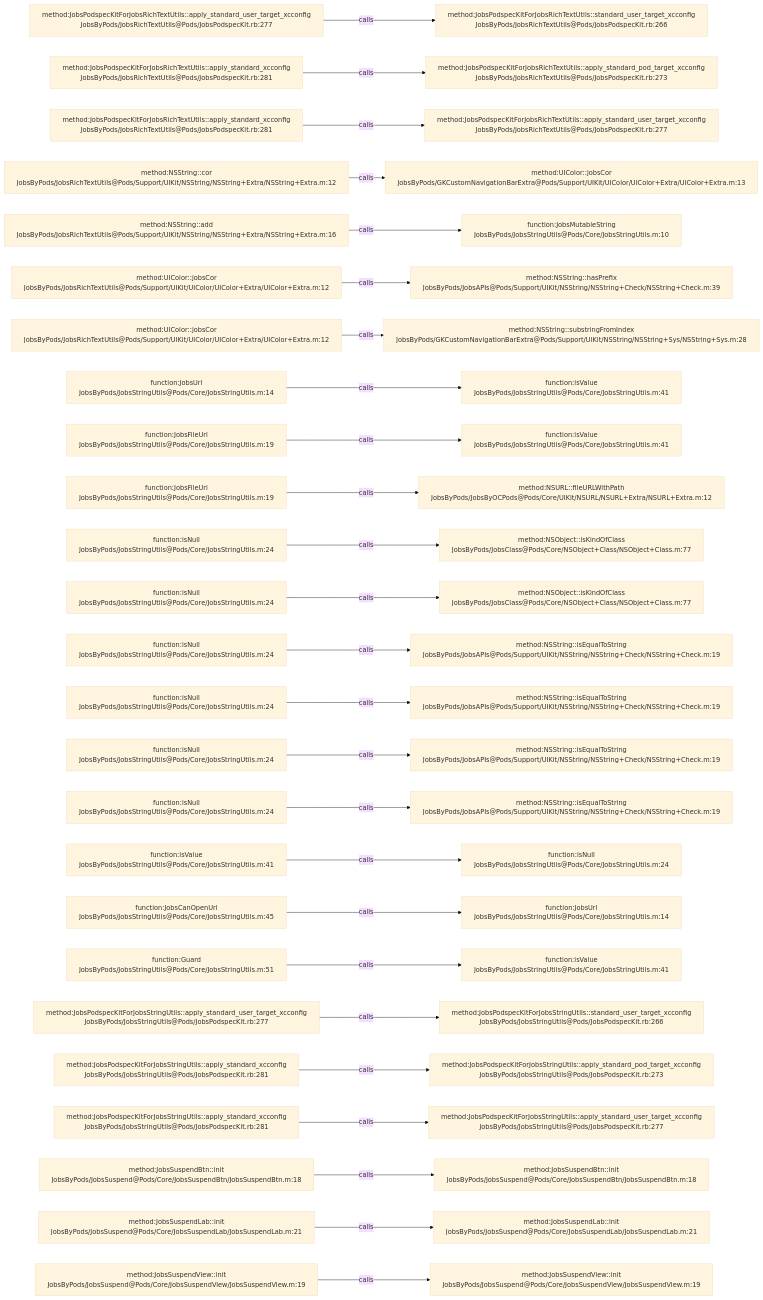
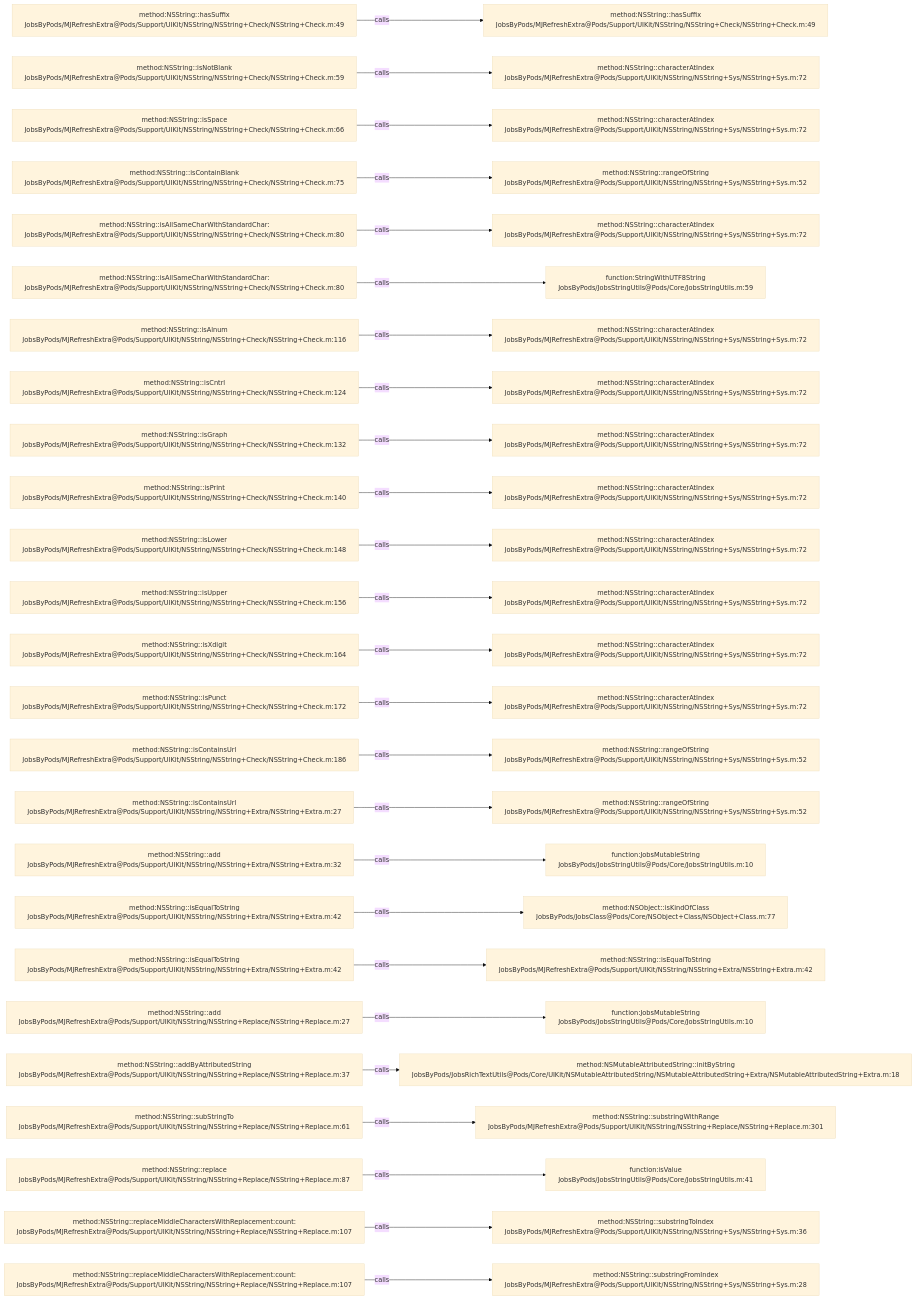
The diagram in .codegraph/codegraph.md/graphs/calls-168.md (JobsKits/JobsOCBaseConfigDemo), drawn with Mermaid (base theme) before and after one commit. The commit also changed 639 other files, not shown here.

````diff
--- a/.codegraph/codegraph.md/graphs/calls-168.md
+++ b/.codegraph/codegraph.md/graphs/calls-168.md
@@ -13,78 +13,78 @@
 ```mermaid
 flowchart LR
-  S1["method:JobsPodspecKitForJobsRichTextUtils::apply_standard_user_target_xcconfig<br/>JobsByPods/JobsRichTextUtils@Pods/JobsPodspecKit.rb:277"]
-  T1["method:JobsPodspecKitForJobsRichTextUtils::standard_user_target_xcconfig<br/>JobsByPods/JobsRichTextUtils@Pods/JobsPodspecKit.rb:266"]
+  S1["method:NSString::hasSuffix<br/>JobsByPods/MJRefreshExtra@Pods/Support/UIKit/NSString/NSString+Check/NSString+Check.m:49"]
+  T1["method:NSString::hasSuffix<br/>JobsByPods/MJRefreshExtra@Pods/Support/UIKit/NSString/NSString+Check/NSString+Check.m:49"]
   S1 -->|calls| T1
-  S2["method:JobsPodspecKitForJobsRichTextUtils::apply_standard_xcconfig<br/>JobsByPods/JobsRichTextUtils@Pods/JobsPodspecKit.rb:281"]
-  T2["method:JobsPodspecKitForJobsRichTextUtils::apply_standard_pod_target_xcconfig<br/>JobsByPods/JobsRichTextUtils@Pods/JobsPodspecKit.rb:273"]
+  S2["method:NSString::isNotBlank<br/>JobsByPods/MJRefreshExtra@Pods/Support/UIKit/NSString/NSString+Check/NSString+Check.m:59"]
+  T2["method:NSString::characterAtIndex<br/>JobsByPods/MJRefreshExtra@Pods/Support/UIKit/NSString/NSString+Sys/NSString+Sys.m:72"]
   S2 -->|calls| T2
-  S3["method:JobsPodspecKitForJobsRichTextUtils::apply_standard_xcconfig<br/>JobsByPods/JobsRichTextUtils@Pods/JobsPodspecKit.rb:281"]
-  T3["method:JobsPodspecKitForJobsRichTextUtils::apply_standard_user_target_xcconfig<br/>JobsByPods/JobsRichTextUtils@Pods/JobsPodspecKit.rb:277"]
+  S3["method:NSString::isSpace<br/>JobsByPods/MJRefreshExtra@Pods/Support/UIKit/NSString/NSString+Check/NSString+Check.m:66"]
+  T3["method:NSString::characterAtIndex<br/>JobsByPods/MJRefreshExtra@Pods/Support/UIKit/NSString/NSString+Sys/NSString+Sys.m:72"]
   S3 -->|calls| T3
-  S4["method:NSString::cor<br/>JobsByPods/JobsRichTextUtils@Pods/Support/UIKit/NSString/NSString+Extra/NSString+Extra.m:12"]
-  T4["method:UIColor::jobsCor<br/>JobsByPods/GKCustomNavigationBarExtra@Pods/Support/UIKit/UIColor/UIColor+Extra/UIColor+Extra.m:13"]
+  S4["method:NSString::isContainBlank<br/>JobsByPods/MJRefreshExtra@Pods/Support/UIKit/NSString/NSString+Check/NSString+Check.m:75"]
+  T4["method:NSString::rangeOfString<br/>JobsByPods/MJRefreshExtra@Pods/Support/UIKit/NSString/NSString+Sys/NSString+Sys.m:52"]
   S4 -->|calls| T4
-  S5["method:NSString::add<br/>JobsByPods/JobsRichTextUtils@Pods/Support/UIKit/NSString/NSString+Extra/NSString+Extra.m:16"]
-  T5["function:JobsMutableString<br/>JobsByPods/JobsStringUtils@Pods/Core/JobsStringUtils.m:10"]
+  S5["method:NSString::isAllSameCharWithStandardChar:<br/>JobsByPods/MJRefreshExtra@Pods/Support/UIKit/NSString/NSString+Check/NSString+Check.m:80"]
+  T5["method:NSString::characterAtIndex<br/>JobsByPods/MJRefreshExtra@Pods/Support/UIKit/NSString/NSString+Sys/NSString+Sys.m:72"]
   S5 -->|calls| T5
-  S6["method:UIColor::jobsCor<br/>JobsByPods/JobsRichTextUtils@Pods/Support/UIKit/UIColor/UIColor+Extra/UIColor+Extra.m:12"]
-  T6["method:NSString::hasPrefix<br/>JobsByPods/JobsAPIs@Pods/Support/UIKit/NSString/NSString+Check/NSString+Check.m:39"]
+  S6["method:NSString::isAllSameCharWithStandardChar:<br/>JobsByPods/MJRefreshExtra@Pods/Support/UIKit/NSString/NSString+Check/NSString+Check.m:80"]
+  T6["function:StringWithUTF8String<br/>JobsByPods/JobsStringUtils@Pods/Core/JobsStringUtils.m:59"]
   S6 -->|calls| T6
-  S7["method:UIColor::jobsCor<br/>JobsByPods/JobsRichTextUtils@Pods/Support/UIKit/UIColor/UIColor+Extra/UIColor+Extra.m:12"]
-  T7["method:NSString::substringFromIndex<br/>JobsByPods/GKCustomNavigationBarExtra@Pods/Support/UIKit/NSString/NSString+Sys/NSString+Sys.m:28"]
+  S7["method:NSString::isAlnum<br/>JobsByPods/MJRefreshExtra@Pods/Support/UIKit/NSString/NSString+Check/NSString+Check.m:116"]
+  T7["method:NSString::characterAtIndex<br/>JobsByPods/MJRefreshExtra@Pods/Support/UIKit/NSString/NSString+Sys/NSString+Sys.m:72"]
   S7 -->|calls| T7
-  S8["function:JobsUrl<br/>JobsByPods/JobsStringUtils@Pods/Core/JobsStringUtils.m:14"]
-  T8["function:isValue<br/>JobsByPods/JobsStringUtils@Pods/Core/JobsStringUtils.m:41"]
+  S8["method:NSString::isCntrl<br/>JobsByPods/MJRefreshExtra@Pods/Support/UIKit/NSString/NSString+Check/NSString+Check.m:124"]
+  T8["method:NSString::characterAtIndex<br/>JobsByPods/MJRefreshExtra@Pods/Support/UIKit/NSString/NSString+Sys/NSString+Sys.m:72"]
   S8 -->|calls| T8
-  S9["function:JobsFileUrl<br/>JobsByPods/JobsStringUtils@Pods/Core/JobsStringUtils.m:19"]
-  T9["function:isValue<br/>JobsByPods/JobsStringUtils@Pods/Core/JobsStringUtils.m:41"]
+  S9["method:NSString::isGraph<br/>JobsByPods/MJRefreshExtra@Pods/Support/UIKit/NSString/NSString+Check/NSString+Check.m:132"]
+  T9["method:NSString::characterAtIndex<br/>JobsByPods/MJRefreshExtra@Pods/Support/UIKit/NSString/NSString+Sys/NSString+Sys.m:72"]
   S9 -->|calls| T9
-  S10["function:JobsFileUrl<br/>JobsByPods/JobsStringUtils@Pods/Core/JobsStringUtils.m:19"]
-  T10["method:NSURL::fileURLWithPath<br/>JobsByPods/JobsByOCPods@Pods/Core/UIKit/NSURL/NSURL+Extra/NSURL+Extra.m:12"]
+  S10["method:NSString::isPrint<br/>JobsByPods/MJRefreshExtra@Pods/Support/UIKit/NSString/NSString+Check/NSString+Check.m:140"]
+  T10["method:NSString::characterAtIndex<br/>JobsByPods/MJRefreshExtra@Pods/Support/UIKit/NSString/NSString+Sys/NSString+Sys.m:72"]
   S10 -->|calls| T10
-  S11["function:isNull<br/>JobsByPods/JobsStringUtils@Pods/Core/JobsStringUtils.m:24"]
-  T11["method:NSObject::isKindOfClass<br/>JobsByPods/JobsClass@Pods/Core/NSObject+Class/NSObject+Class.m:77"]
+  S11["method:NSString::isLower<br/>JobsByPods/MJRefreshExtra@Pods/Support/UIKit/NSString/NSString+Check/NSString+Check.m:148"]
+  T11["method:NSString::characterAtIndex<br/>JobsByPods/MJRefreshExtra@Pods/Support/UIKit/NSString/NSString+Sys/NSString+Sys.m:72"]
   S11 -->|calls| T11
-  S12["function:isNull<br/>JobsByPods/JobsStringUtils@Pods/Core/JobsStringUtils.m:24"]
-  T12["method:NSObject::isKindOfClass<br/>JobsByPods/JobsClass@Pods/Core/NSObject+Class/NSObject+Class.m:77"]
+  S12["method:NSString::isUpper<br/>JobsByPods/MJRefreshExtra@Pods/Support/UIKit/NSString/NSString+Check/NSString+Check.m:156"]
+  T12["method:NSString::characterAtIndex<br/>JobsByPods/MJRefreshExtra@Pods/Support/UIKit/NSString/NSString+Sys/NSString+Sys.m:72"]
   S12 -->|calls| T12
-  S13["function:isNull<br/>JobsByPods/JobsStringUtils@Pods/Core/JobsStringUtils.m:24"]
-  T13["method:NSString::isEqualToString<br/>JobsByPods/JobsAPIs@Pods/Support/UIKit/NSString/NSString+Check/NSString+Check.m:19"]
+  S13["method:NSString::isXdigit<br/>JobsByPods/MJRefreshExtra@Pods/Support/UIKit/NSString/NSString+Check/NSString+Check.m:164"]
+  T13["method:NSString::characterAtIndex<br/>JobsByPods/MJRefreshExtra@Pods/Support/UIKit/NSString/NSString+Sys/NSString+Sys.m:72"]
   S13 -->|calls| T13
-  S14["function:isNull<br/>JobsByPods/JobsStringUtils@Pods/Core/JobsStringUtils.m:24"]
-  T14["method:NSString::isEqualToString<br/>JobsByPods/JobsAPIs@Pods/Support/UIKit/NSString/NSString+Check/NSString+Check.m:19"]
+  S14["method:NSString::isPunct<br/>JobsByPods/MJRefreshExtra@Pods/Support/UIKit/NSString/NSString+Check/NSString+Check.m:172"]
+  T14["method:NSString::characterAtIndex<br/>JobsByPods/MJRefreshExtra@Pods/Support/UIKit/NSString/NSString+Sys/NSString+Sys.m:72"]
   S14 -->|calls| T14
-  S15["function:isNull<br/>JobsByPods/JobsStringUtils@Pods/Core/JobsStringUtils.m:24"]
-  T15["method:NSString::isEqualToString<br/>JobsByPods/JobsAPIs@Pods/Support/UIKit/NSString/NSString+Check/NSString+Check.m:19"]
+  S15["method:NSString::isContainsUrl<br/>JobsByPods/MJRefreshExtra@Pods/Support/UIKit/NSString/NSString+Check/NSString+Check.m:186"]
+  T15["method:NSString::rangeOfString<br/>JobsByPods/MJRefreshExtra@Pods/Support/UIKit/NSString/NSString+Sys/NSString+Sys.m:52"]
   S15 -->|calls| T15
-  S16["function:isNull<br/>JobsByPods/JobsStringUtils@Pods/Core/JobsStringUtils.m:24"]
-  T16["method:NSString::isEqualToString<br/>JobsByPods/JobsAPIs@Pods/Support/UIKit/NSString/NSString+Check/NSString+Check.m:19"]
+  S16["method:NSString::isContainsUrl<br/>JobsByPods/MJRefreshExtra@Pods/Support/UIKit/NSString/NSString+Extra/NSString+Extra.m:27"]
+  T16["method:NSString::rangeOfString<br/>JobsByPods/MJRefreshExtra@Pods/Support/UIKit/NSString/NSString+Sys/NSString+Sys.m:52"]
   S16 -->|calls| T16
-  S17["function:isValue<br/>JobsByPods/JobsStringUtils@Pods/Core/JobsStringUtils.m:41"]
-  T17["function:isNull<br/>JobsByPods/JobsStringUtils@Pods/Core/JobsStringUtils.m:24"]
+  S17["method:NSString::add<br/>JobsByPods/MJRefreshExtra@Pods/Support/UIKit/NSString/NSString+Extra/NSString+Extra.m:32"]
+  T17["function:JobsMutableString<br/>JobsByPods/JobsStringUtils@Pods/Core/JobsStringUtils.m:10"]
   S17 -->|calls| T17
-  S18["function:JobsCanOpenUrl<br/>JobsByPods/JobsStringUtils@Pods/Core/JobsStringUtils.m:45"]
-  T18["function:JobsUrl<br/>JobsByPods/JobsStringUtils@Pods/Core/JobsStringUtils.m:14"]
+  S18["method:NSString::isEqualToString<br/>JobsByPods/MJRefreshExtra@Pods/Support/UIKit/NSString/NSString+Extra/NSString+Extra.m:42"]
+  T18["method:NSObject::isKindOfClass<br/>JobsByPods/JobsClass@Pods/Core/NSObject+Class/NSObject+Class.m:77"]
   S18 -->|calls| T18
-  S19["function:Guard<br/>JobsByPods/JobsStringUtils@Pods/Core/JobsStringUtils.m:51"]
-  T19["function:isValue<br/>JobsByPods/JobsStringUtils@Pods/Core/JobsStringUtils.m:41"]
+  S19["method:NSString::isEqualToString<br/>JobsByPods/MJRefreshExtra@Pods/Support/UIKit/NSString/NSString+Extra/NSString+Extra.m:42"]
+  T19["method:NSString::isEqualToString<br/>JobsByPods/MJRefreshExtra@Pods/Support/UIKit/NSString/NSString+Extra/NSString+Extra.m:42"]
   S19 -->|calls| T19
-  S20["method:JobsPodspecKitForJobsStringUtils::apply_standard_user_target_xcconfig<br/>JobsByPods/JobsStringUtils@Pods/JobsPodspecKit.rb:277"]
-  T20["method:JobsPodspecKitForJobsStringUtils::standard_user_target_xcconfig<br/>JobsByPods/JobsStringUtils@Pods/JobsPodspecKit.rb:266"]
+  S20["method:NSString::add<br/>JobsByPods/MJRefreshExtra@Pods/Support/UIKit/NSString/NSString+Replace/NSString+Replace.m:27"]
+  T20["function:JobsMutableString<br/>JobsByPods/JobsStringUtils@Pods/Core/JobsStringUtils.m:10"]
   S20 -->|calls| T20
-  S21["method:JobsPodspecKitForJobsStringUtils::apply_standard_xcconfig<br/>JobsByPods/JobsStringUtils@Pods/JobsPodspecKit.rb:281"]
-  T21["method:JobsPodspecKitForJobsStringUtils::apply_standard_pod_target_xcconfig<br/>JobsByPods/JobsStringUtils@Pods/JobsPodspecKit.rb:273"]
+  S21["method:NSString::addByAttributedString<br/>JobsByPods/MJRefreshExtra@Pods/Support/UIKit/NSString/NSString+Replace/NSString+Replace.m:37"]
+  T21["method:NSMutableAttributedString::initByString<br/>JobsByPods/JobsRichTextUtils@Pods/Core/UIKit/NSMutableAttributedString/NSMutableAttributedString+Extra/NSMutableAttributedString+Extra.m:18"]
   S21 -->|calls| T21
-  S22["method:JobsPodspecKitForJobsStringUtils::apply_standard_xcconfig<br/>JobsByPods/JobsStringUtils@Pods/JobsPodspecKit.rb:281"]
-  T22["method:JobsPodspecKitForJobsStringUtils::apply_standard_user_target_xcconfig<br/>JobsByPods/JobsStringUtils@Pods/JobsPodspecKit.rb:277"]
+  S22["method:NSString::subStringTo<br/>JobsByPods/MJRefreshExtra@Pods/Support/UIKit/NSString/NSString+Replace/NSString+Replace.m:61"]
+  T22["method:NSString::substringWithRange<br/>JobsByPods/MJRefreshExtra@Pods/Support/UIKit/NSString/NSString+Replace/NSString+Replace.m:301"]
   S22 -->|calls| T22
-  S23["method:JobsSuspendBtn::init<br/>JobsByPods/JobsSuspend@Pods/Core/JobsSuspendBtn/JobsSuspendBtn.m:18"]
-  T23["method:JobsSuspendBtn::init<br/>JobsByPods/JobsSuspend@Pods/Core/JobsSuspendBtn/JobsSuspendBtn.m:18"]
+  S23["method:NSString::replace<br/>JobsByPods/MJRefreshExtra@Pods/Support/UIKit/NSString/NSString+Replace/NSString+Replace.m:87"]
+  T23["function:isValue<br/>JobsByPods/JobsStringUtils@Pods/Core/JobsStringUtils.m:41"]
   S23 -->|calls| T23
-  S24["method:JobsSuspendLab::init<br/>JobsByPods/JobsSuspend@Pods/Core/JobsSuspendLab/JobsSuspendLab.m:21"]
-  T24["method:JobsSuspendLab::init<br/>JobsByPods/JobsSuspend@Pods/Core/JobsSuspendLab/JobsSuspendLab.m:21"]
+  S24["method:NSString::replaceMiddleCharactersWithReplacement:count:<br/>JobsByPods/MJRefreshExtra@Pods/Support/UIKit/NSString/NSString+Replace/NSString+Replace.m:107"]
+  T24["method:NSString::substringToIndex<br/>JobsByPods/MJRefreshExtra@Pods/Support/UIKit/NSString/NSString+Sys/NSString+Sys.m:36"]
   S24 -->|calls| T24
-  S25["method:JobsSuspendView::init<br/>JobsByPods/JobsSuspend@Pods/Core/JobsSuspendView/JobsSuspendView.m:19"]
-  T25["method:JobsSuspendView::init<br/>JobsByPods/JobsSuspend@Pods/Core/JobsSuspendView/JobsSuspendView.m:19"]
+  S25["method:NSString::replaceMiddleCharactersWithReplacement:count:<br/>JobsByPods/MJRefreshExtra@Pods/Support/UIKit/NSString/NSString+Replace/NSString+Replace.m:107"]
+  T25["method:NSString::substringFromIndex<br/>JobsByPods/MJRefreshExtra@Pods/Support/UIKit/NSString/NSString+Sys/NSString+Sys.m:28"]
   S25 -->|calls| T25
 ```
````
